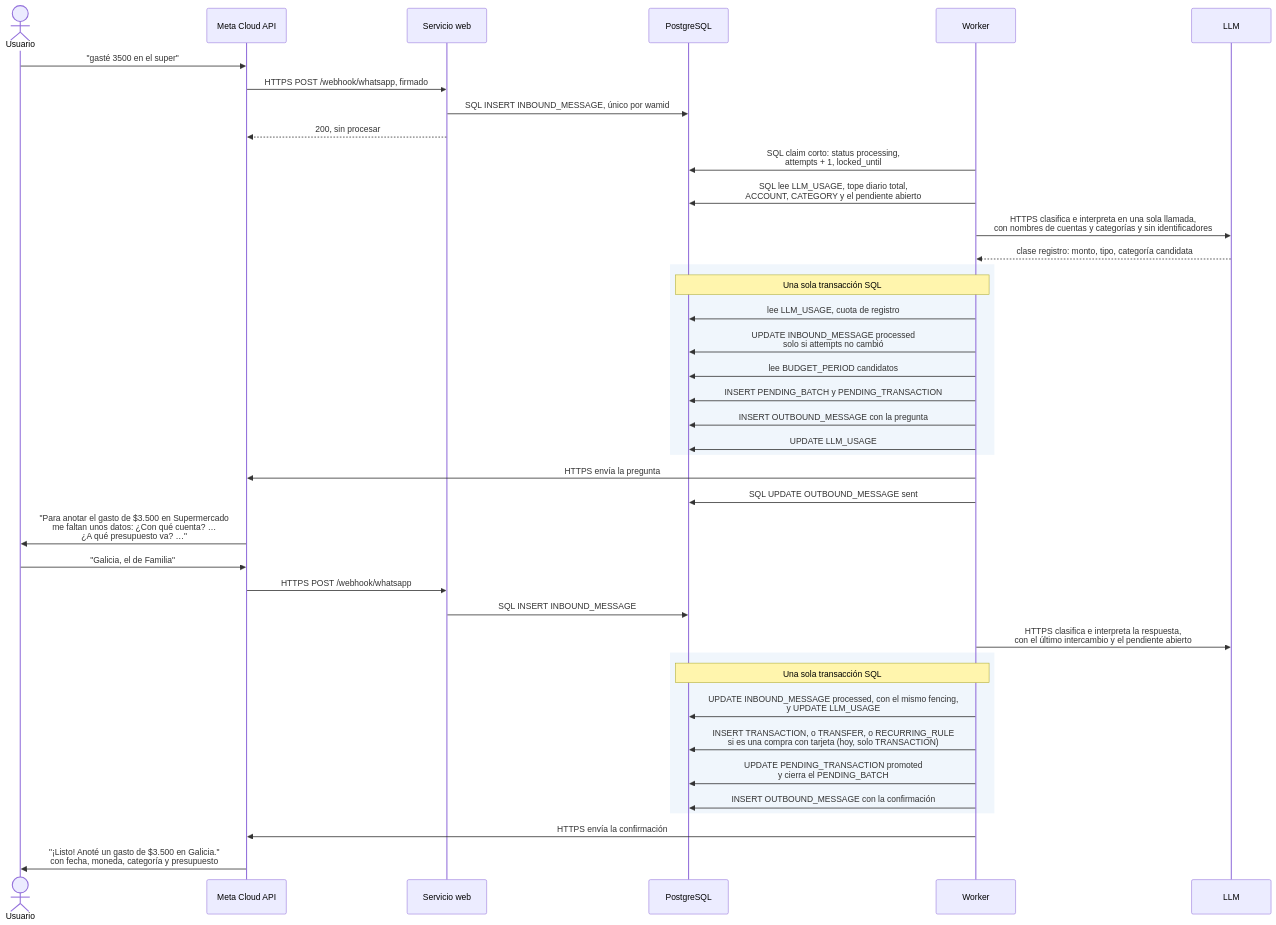
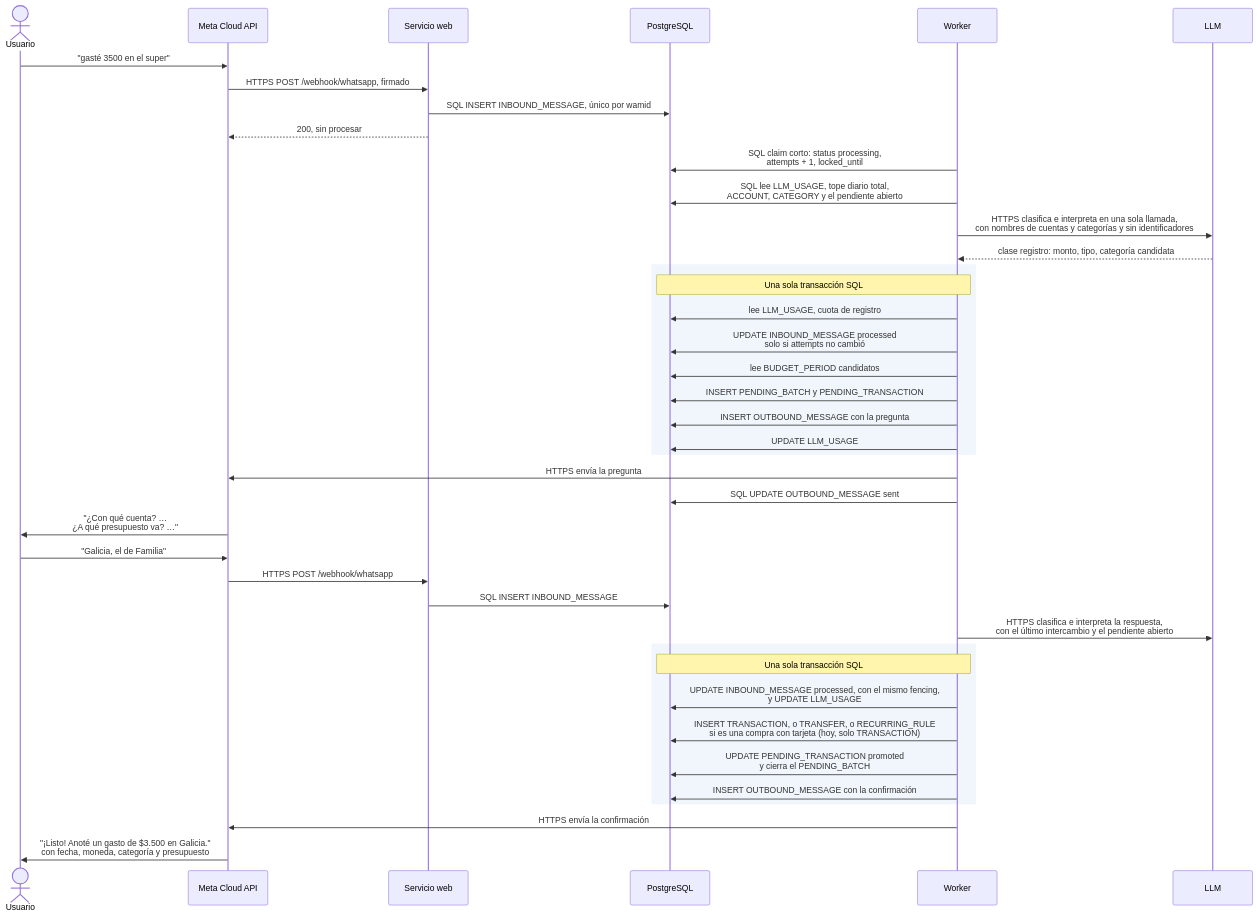
The fourth of 12 diagrams in docs/recorrido-completo.md (verozacarias-prog/AI4Devs-finalproject), drawn with Mermaid before and after one commit. The commit also changed 2 other files, not shown here.

Commit message:
docs(pendientes): la pregunta va directa, el tipo dicho acota las cuentas y CA-47 suma el tipo y el destino
El /spec-drift del corte 1 de FEAT-006. En FEAT-003, CA-22 saca la línea
de lo interpretado de la pregunta, CA-36 nombra el pendiente al repetirla,
y CA-47 cuenta como rechazo las palabras del tipo y la cuenta de destino
que el mensaje no escribe. Cambian C1-17, C1-22, C2-02 a C2-06, C2-09,
C2-12, C2-15, C2-18, C2-20, C2-37, C2-44, C2-45 y C2-47, y se suma C2-54.

````diff
--- a/docs/recorrido-completo.md
+++ b/docs/recorrido-completo.md
@@ -201,43 +201,43 @@
 ```mermaid
 sequenceDiagram
     actor U as Usuario
     participant M as Meta Cloud API
     participant API as Servicio web
     participant DB as PostgreSQL
     participant W as Worker
     participant L as LLM
 
     U->>M: "gasté 3500 en el super"
     M->>API: HTTPS POST /webhook/whatsapp, firmado
     API->>DB: SQL INSERT INBOUND_MESSAGE, único por wamid
     API-->>M: 200, sin procesar
     W->>DB: SQL claim corto: status processing,<br/>attempts + 1, locked_until
     W->>DB: SQL lee LLM_USAGE, tope diario total,<br/>ACCOUNT, CATEGORY y el pendiente abierto
     W->>L: HTTPS clasifica e interpreta en una sola llamada,<br/>con nombres de cuentas y categorías y sin identificadores
     L-->>W: clase registro: monto, tipo, categoría candidata
     rect rgb(240, 246, 252)
         Note over W,DB: Una sola transacción SQL
         W->>DB: lee LLM_USAGE, cuota de registro
         W->>DB: UPDATE INBOUND_MESSAGE processed<br/>solo si attempts no cambió
         W->>DB: lee BUDGET_PERIOD candidatos
         W->>DB: INSERT PENDING_BATCH y PENDING_TRANSACTION
         W->>DB: INSERT OUTBOUND_MESSAGE con la pregunta
         W->>DB: UPDATE LLM_USAGE
     end
     W->>M: HTTPS envía la pregunta
     W->>DB: SQL UPDATE OUTBOUND_MESSAGE sent
-    M->>U: "Para anotar el gasto de $3.500 en Supermercado<br/>me faltan unos datos: ¿Con qué cuenta? …<br/>¿A qué presupuesto va? …"
+    M->>U: "¿Con qué cuenta? …<br/>¿A qué presupuesto va? …"
     U->>M: "Galicia, el de Familia"
     M->>API: HTTPS POST /webhook/whatsapp
     API->>DB: SQL INSERT INBOUND_MESSAGE
     W->>L: HTTPS clasifica e interpreta la respuesta,<br/>con el último intercambio y el pendiente abierto
     rect rgb(240, 246, 252)
         Note over W,DB: Una sola transacción SQL
         W->>DB: UPDATE INBOUND_MESSAGE processed, con el mismo fencing,<br/>y UPDATE LLM_USAGE
         W->>DB: INSERT TRANSACTION, o TRANSFER, o RECURRING_RULE<br/>si es una compra con tarjeta (hoy, solo TRANSACTION)
         W->>DB: UPDATE PENDING_TRANSACTION promoted<br/>y cierra el PENDING_BATCH
         W->>DB: INSERT OUTBOUND_MESSAGE con la confirmación
     end
     W->>M: HTTPS envía la confirmación
     M->>U: "¡Listo! Anoté un gasto de $3.500 en Galicia."<br/>con fecha, moneda, categoría y presupuesto
 ```
````
